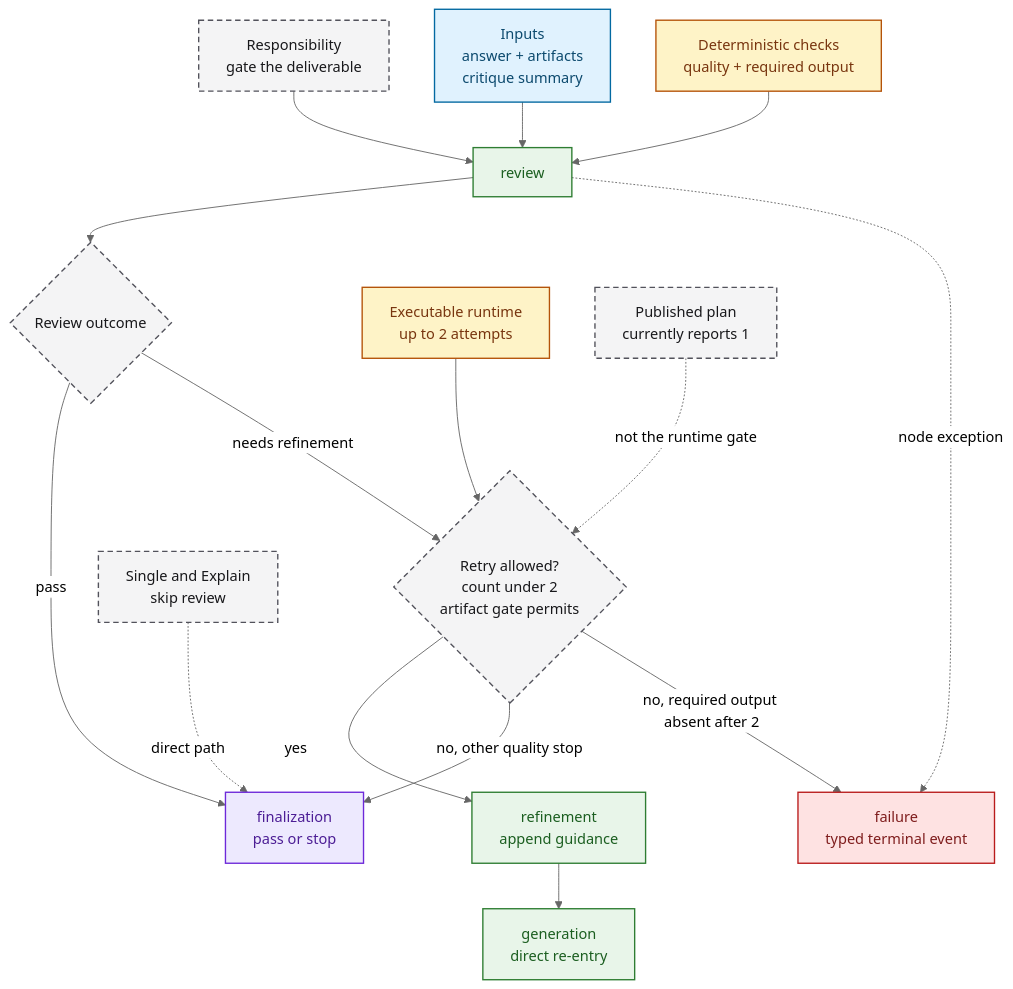
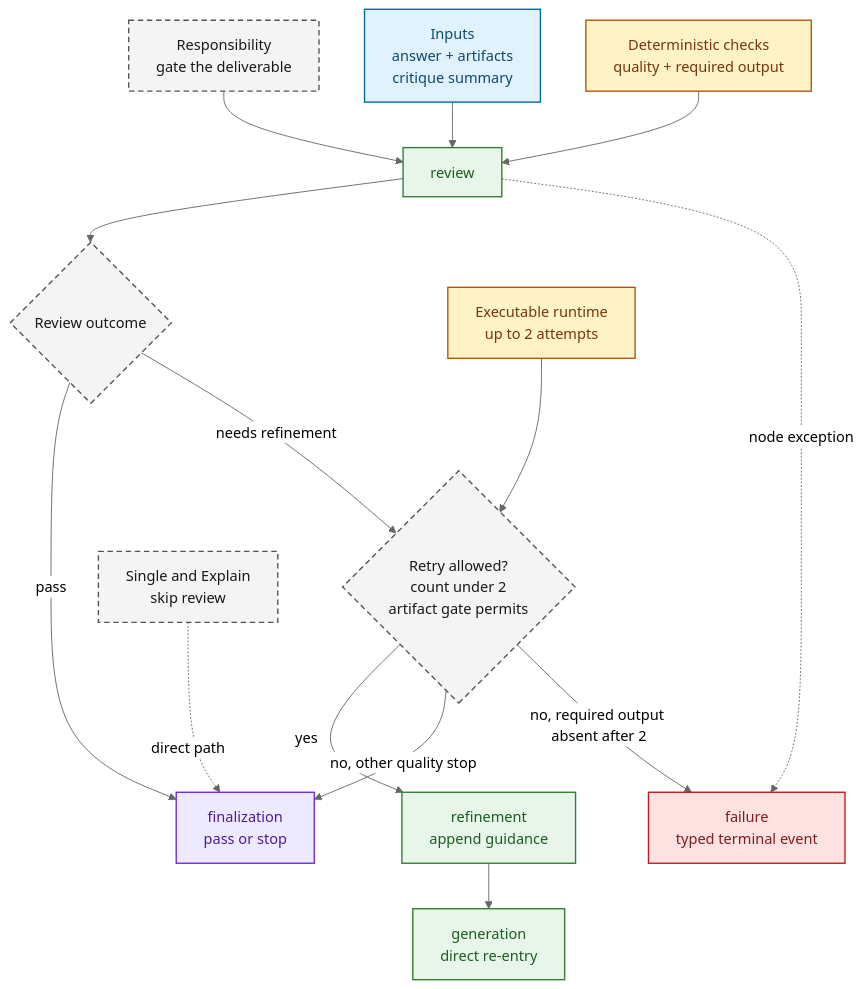
Before and after one commit to lmguerrini/creative-coding-assistant: the fifth of 5 diagrams in architecture/multi_agent_roles.md, drawn with Mermaid (neutral theme). The commit also changed other lines of this file and 88 other files, not shown here.

````diff
--- a/architecture/multi_agent_roles.md
+++ b/architecture/multi_agent_roles.md
@@ -247,36 +250,34 @@
 ```mermaid
 flowchart TB
     classDef input fill:#E0F2FE,stroke:#0369A1,color:#0C4A6E,stroke-width:1.5px
     classDef stage fill:#E8F5E9,stroke:#2E7D32,color:#1B5E20,stroke-width:1.5px
     classDef evidence fill:#FEF3C7,stroke:#B45309,color:#78350F,stroke-width:1.5px
     classDef output fill:#EDE9FE,stroke:#6D28D9,color:#4C1D95,stroke-width:1.5px
     classDef boundary fill:#F4F4F5,stroke:#52525B,color:#18181B,stroke-width:1.5px,stroke-dasharray:6 4
     classDef failure fill:#FEE2E2,stroke:#B91C1C,color:#7F1D1D,stroke-width:1.5px
 
     responsibility["Responsibility<br/>gate the deliverable"]:::boundary
     inputs["Inputs<br/>answer + artifacts<br/>critique summary"]:::input
     checks["Deterministic checks<br/>quality + required output"]:::evidence
     review["review"]:::stage
     outcome{"Review outcome"}:::boundary
     retry_gate{"Retry allowed?<br/>count under 2<br/>artifact gate permits"}:::boundary
     runtime_limit["Executable runtime<br/>up to 2 attempts"]:::evidence
-    published_limit["Published plan<br/>currently reports 1"]:::boundary
     refinement["refinement<br/>append guidance"]:::stage
     generation["generation<br/>direct re-entry"]:::stage
     finalization["finalization<br/>pass or stop"]:::output
     failure["failure<br/>typed terminal event"]:::failure
     bypass["Single and Explain<br/>skip review"]:::boundary
 
     responsibility --> review
     inputs --> review
     checks --> review --> outcome
     outcome -->|"pass"| finalization
     outcome -->|"needs refinement"| retry_gate
     runtime_limit --> retry_gate
-    published_limit -. "not the runtime gate" .-> retry_gate
     retry_gate -->|"yes"| refinement --> generation
     retry_gate -->|"no, other quality stop"| finalization
     retry_gate -->|"no, required output absent after 2"| failure
     bypass -. "direct path" .-> finalization
     review -. "node exception" .-> failure
 ```
````
